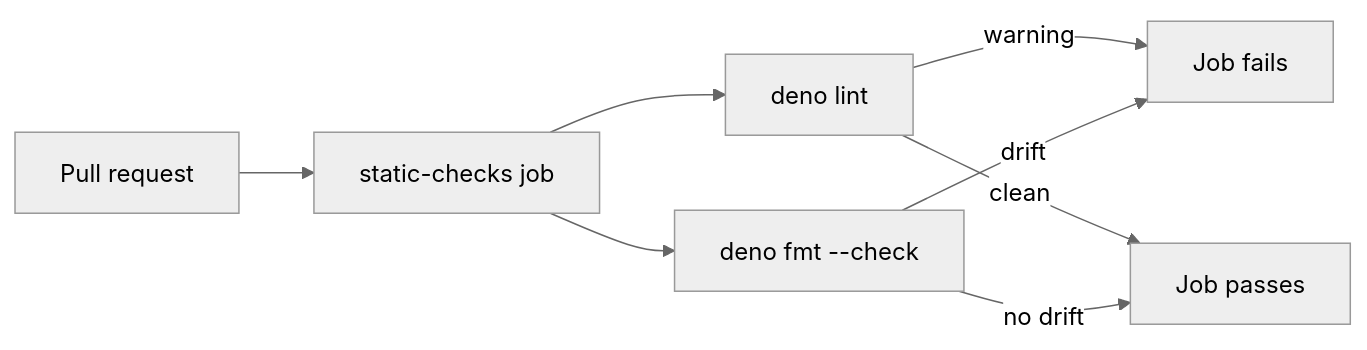
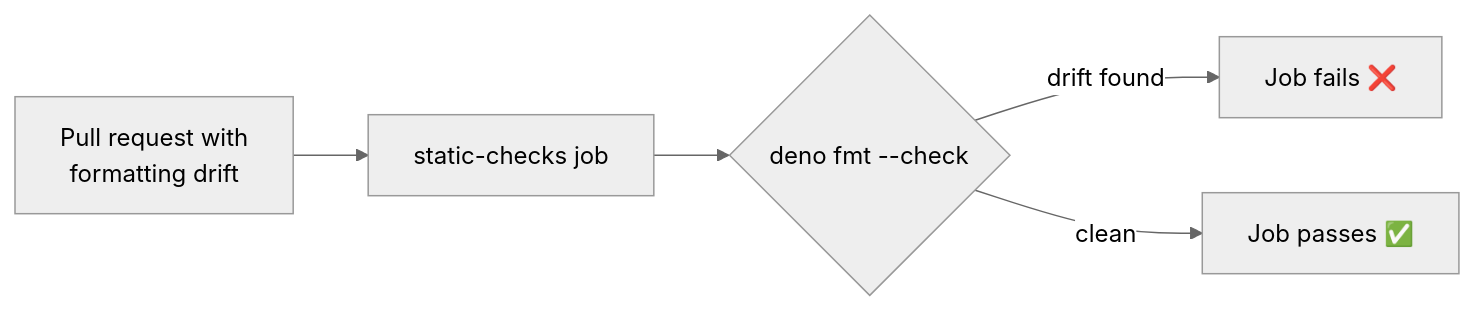
Before and after one commit to stSoftwareAU/NEAT-AI-Examples: the diagram in docs/archive/pr-summaries/pr-summary-663.md, drawn with Mermaid (neutral theme). The commit also changed other lines of this file, not shown here.

````diff
--- a/docs/archive/pr-summaries/pr-summary-663.md
+++ b/docs/archive/pr-summaries/pr-summary-663.md
@@ -27,10 +30,7 @@
 ```mermaid
 flowchart LR
-    A[Pull request] --> B[static-checks job]
-    B --> C[deno lint]
-    B --> D["deno fmt --check"]
-    C -->|warning| F[Job fails]
-    D -->|drift| F
-    C -->|clean| G[Job passes]
-    D -->|no drift| G
+    PR[Pull request with<br/>formatting drift] --> J[static-checks job]
+    J --> C{deno fmt --check}
+    C -- drift found --> F[Job fails ❌]
+    C -- clean --> P[Job passes ✅]
 ```
````
